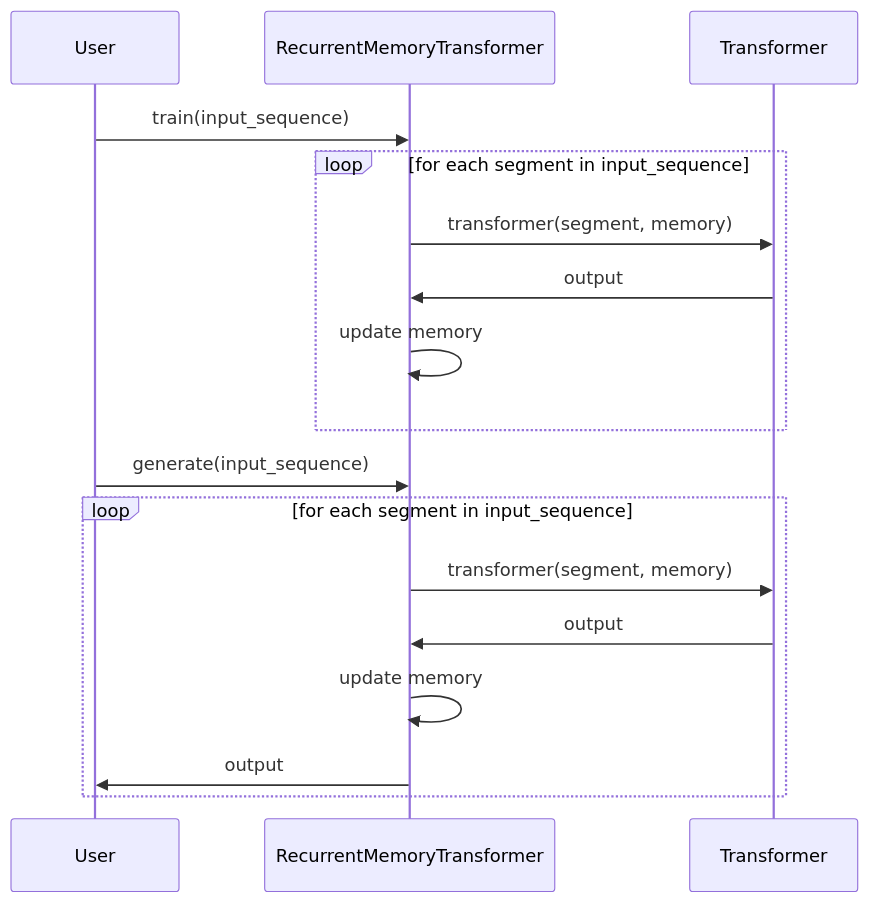
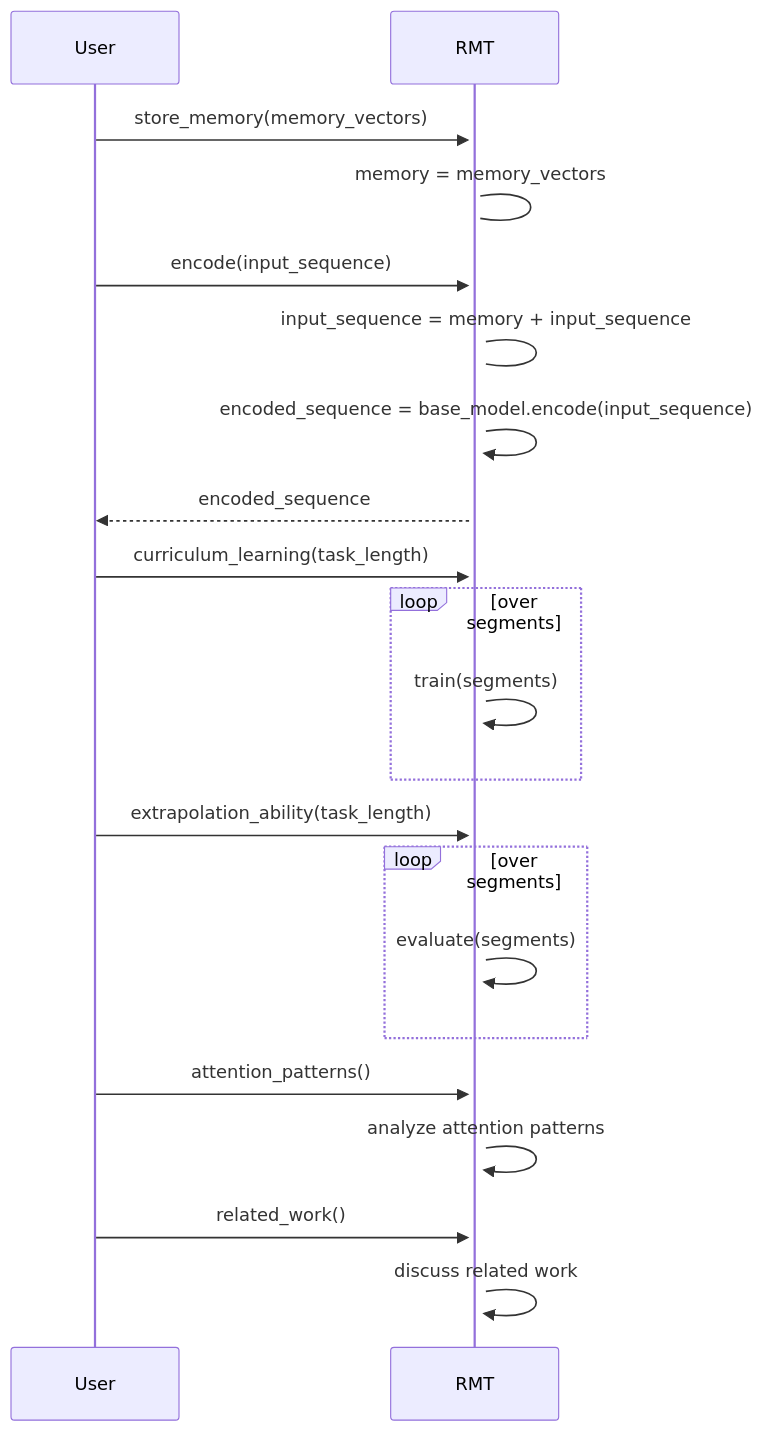
The eighth of 14 diagrams in downloads/Scaling_Transformer_to_1M_tokens_and_beyond_with/summary.md (TobiahRex/xivar-taj), drawn with Mermaid before and after one commit. The commit also changed other lines of this file and 127 other files, not shown here.

````diff
--- a/downloads/Scaling_Transformer_to_1M_tokens_and_beyond_with/summary.md
+++ b/downloads/Scaling_Transformer_to_1M_tokens_and_beyond_with/summary.md
@@ -218,21 +736,28 @@
 ```mermaid
 sequenceDiagram
     participant User
-    participant RecurrentMemoryTransformer
-    participant Transformer
+    participant RMT
 
-    User->>RecurrentMemoryTransformer: train(input_sequence)
-    loop for each segment in input_sequence
-        RecurrentMemoryTransformer->>Transformer: transformer(segment, memory)
-        Transformer->>RecurrentMemoryTransformer: output
-        RecurrentMemoryTransformer->>RecurrentMemoryTransformer: update memory
+    User->>+RMT: store_memory(memory_vectors)
+    RMT->RMT: memory = memory_vectors
+    User->>+RMT: encode(input_sequence)
+    RMT->RMT: input_sequence = memory + input_sequence
+    RMT->>RMT: encoded_sequence = base_model.encode(input_sequence)
+    RMT-->>User: encoded_sequence
+
+    User->>RMT: curriculum_learning(task_length)
+    loop over segments
+        RMT->>RMT: train(segments)
     end
 
-    User->>RecurrentMemoryTransformer: generate(input_sequence)
-    loop for each segment in input_sequence
-        RecurrentMemoryTransformer->>Transformer: transformer(segment, memory)
-        Transformer->>RecurrentMemoryTransformer: output
-        RecurrentMemoryTransformer->>RecurrentMemoryTransformer: update memory
-        RecurrentMemoryTransformer->>User: output
+    User->>RMT: extrapolation_ability(task_length)
+    loop over segments
+        RMT->>RMT: evaluate(segments)
     end
+
+    User->>RMT: attention_patterns()
+    RMT->>RMT: analyze attention patterns
+
+    User->>RMT: related_work()
+    RMT->>RMT: discuss related work
 ```
````
